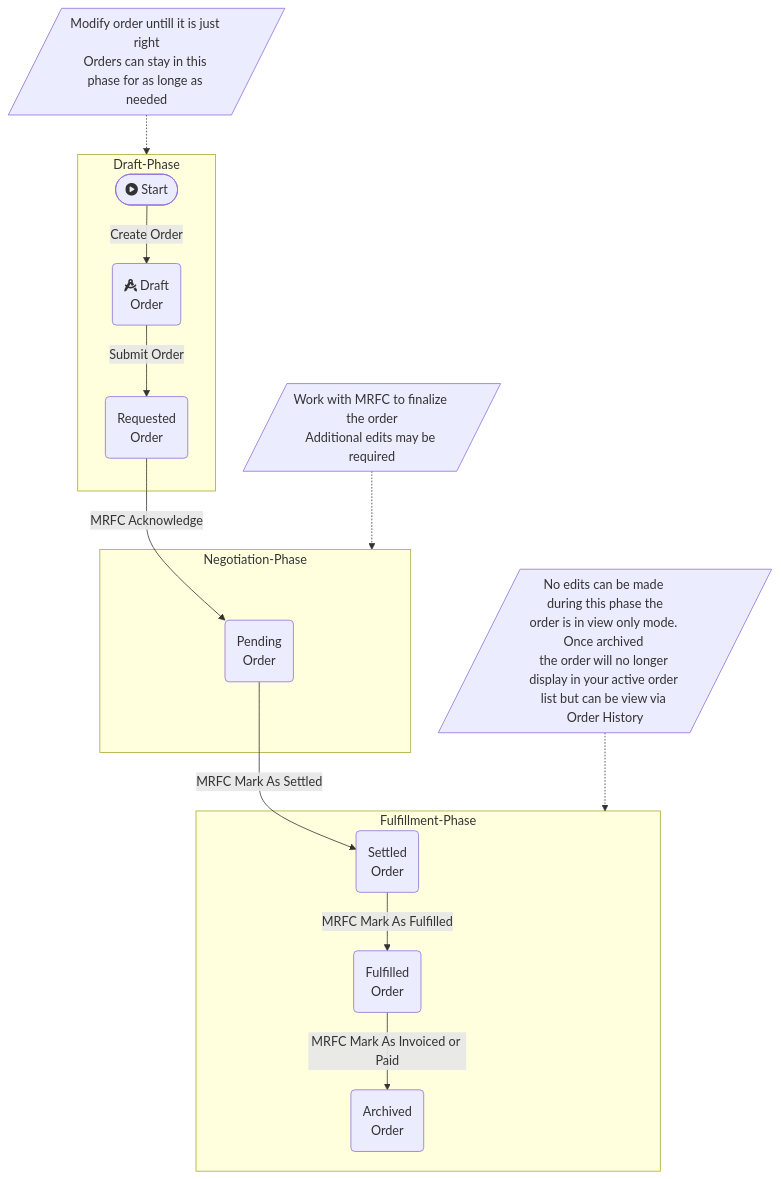
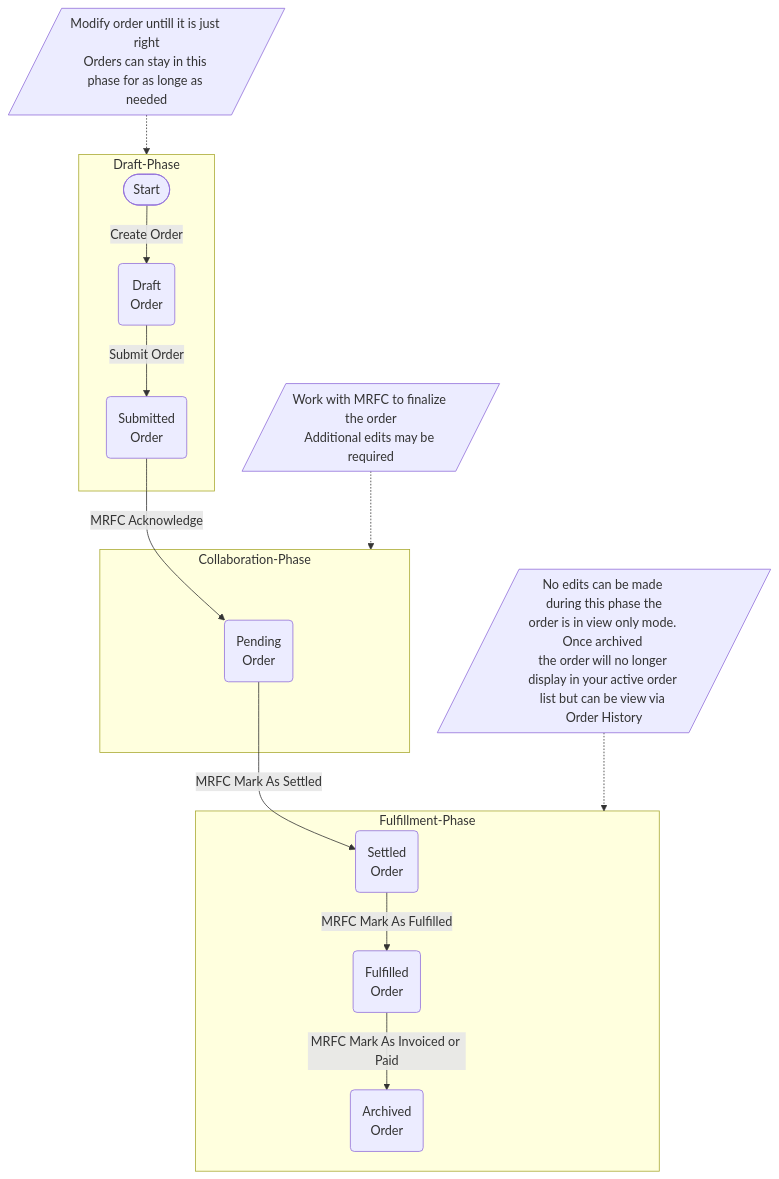
Before and after one commit to ohiobarn/flowerpower: the second of 2 diagrams in docs/order.md, drawn with Mermaid. The commit also changed other lines of this file and 3 other files, not shown here.

````diff
--- a/docs/order.md
+++ b/docs/order.md
@@ -5,27 +15,27 @@
 ``` mermaid
 flowchart TD;
 
   subgraph Draft-Phase;
-    start(["fa:fa-play-circle Start"]) 
-    -- Create Order --> draft("fa:fa-drafting-compass Draft<br>Order")
-    -- Submit Order --> req(Requested<br>Order)
+    start(["Start"]) 
+    -- Create Order --> draft("Draft<br>Order")
+    -- Submit Order --> submit(Submitted<br>Order)
   end
 
-  subgraph Negotiation-Phase;
-    req -- MRFC Acknowledge --> pending(Pending<br>Order)
+  subgraph Collaboration-Phase;
+    submit -- MRFC Acknowledge --> pending(Pending<br>Order)
   end
 
   subgraph Fulfillment-Phase;
     pending
     -- MRFC Mark As Settled --> settled(Settled<br>Order)
-    -- MRFC Mark As Fulfilled --> Fulfilled(Fulfilled<br>Order)
+    -- MRFC Mark As Fulfilled --> fulfilled(Fulfilled<br>Order)
     -- MRFC Mark As Invoiced or Paid --> archived(Archived<br>Order)
   end
 
 note1[/Modify order untill it is just right<br>Orders can stay in this phase for as longe as needed/] -.-> Draft-Phase
 
-note2[/Work with MRFC to finalize the order<br>Additional edits may be required/] -.-> Negotiation-Phase
+note2[/Work with MRFC to finalize the order<br>Additional edits may be required/] -.-> Collaboration-Phase
 
 note3[/No edits can be made during this phase the<br>order is in view only mode. Once archived <br>the order will no longer display in your active order <br>list but can be view via Order History/] -.-> Fulfillment-Phase
 
 ```
````
